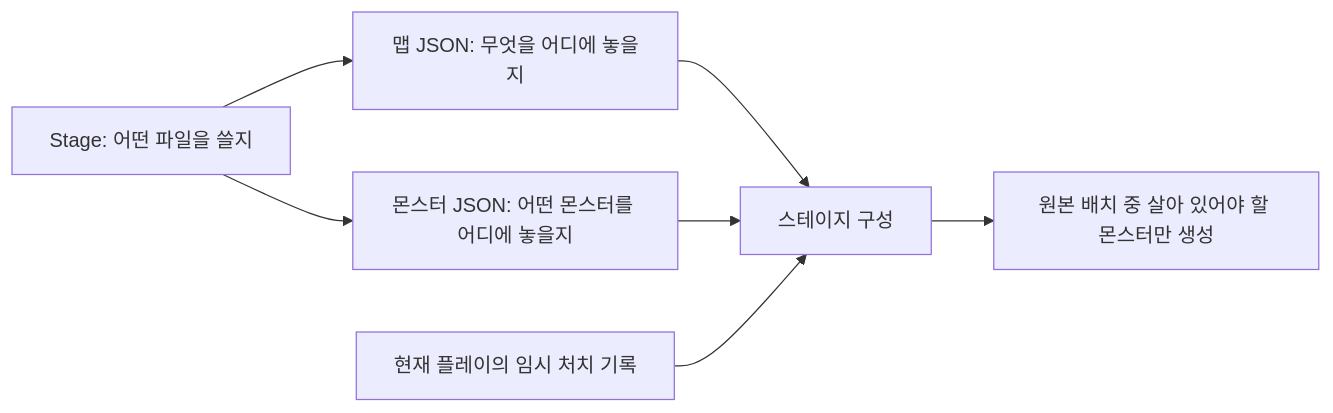
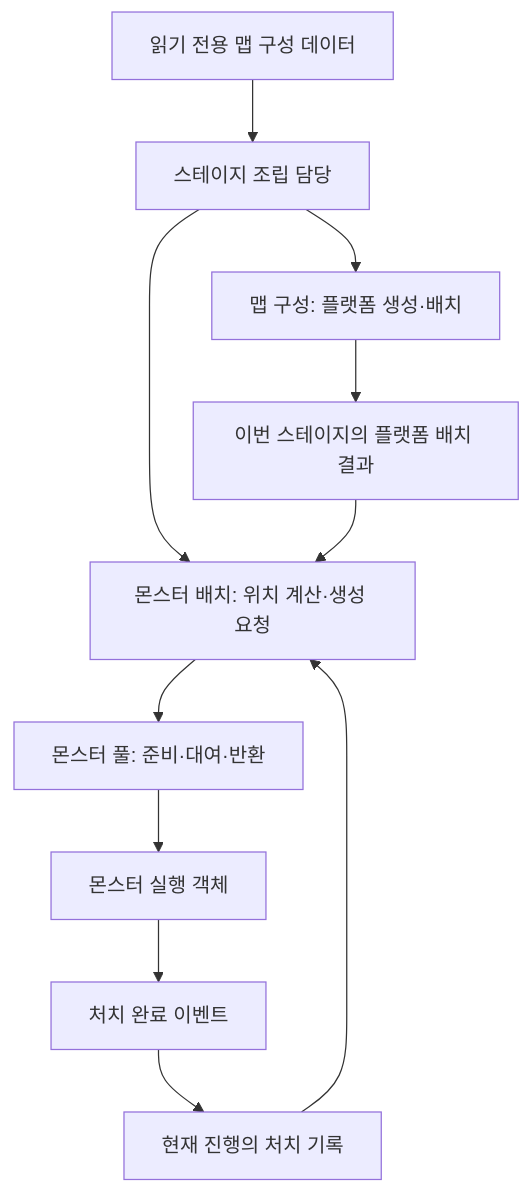
The second of 5 diagrams in Docs/맵 구성과 몬스터 배치 데이터 제안서.md (hyunho9228-web/DataSheet), drawn with Mermaid before and after one commit. The commit also changed other lines of this file and 1 other file, not shown here.

````diff
--- a/Docs/맵 구성과 몬스터 배치 데이터 제안서.md
+++ b/Docs/맵 구성과 몬스터 배치 데이터 제안서.md
@@ -44,9 +83,13 @@
 ```mermaid
-flowchart LR
-    S[Stage: 어떤 파일을 쓸지] --> M[맵 JSON: 무엇을 어디에 놓을지]
-    S --> N[몬스터 JSON: 어떤 몬스터를 어디에 놓을지]
-    M --> W[스테이지 구성]
-    N --> W
-    P[현재 플레이의 임시 처치 기록] --> W
-    W --> R[원본 배치 중 살아 있어야 할 몬스터만 생성]
+flowchart TD
+    D[읽기 전용 맵 구성 데이터] --> A[스테이지 조립 담당]
+    A --> M[맵 구성: 플랫폼 생성·배치]
+    M --> P[이번 스테이지의 플랫폼 배치 결과]
+    A --> S[몬스터 배치: 위치 계산·생성 요청]
+    P --> S
+    R[현재 진행의 처치 기록] --> S
+    S --> O[몬스터 풀: 준비·대여·반환]
+    O --> C[몬스터 실행 객체]
+    C --> E[처치 완료 이벤트]
+    E --> R
 ```
````
